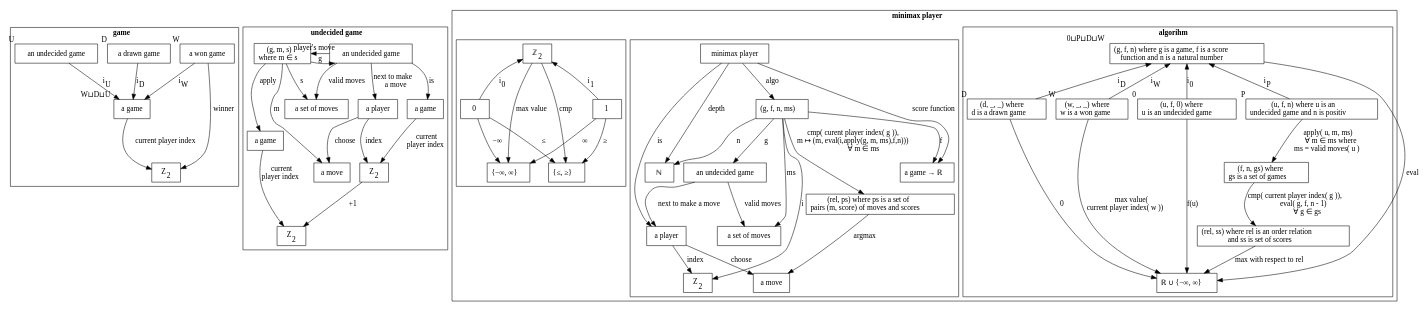
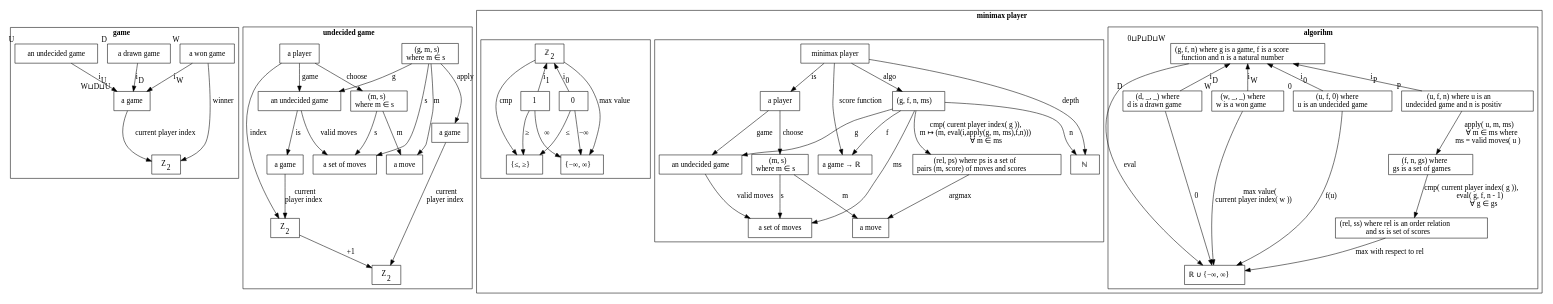
The diagram in olog.gv (monadegmailcom/beat-it), drawn with Graphviz before and after one commit. The commit also changed 6 other files, not shown here.

```diff
--- a/olog.gv
+++ b/olog.gv
@@ -1,127 +1,130 @@
 digraph olog 
 { 
     node [shape = "box"]
     layout=dot
     subgraph cluster_ga {
         label=<<b>game</b>>
         ga_g [label="a game", xlabel=<W&#x2294;D&#x2294;U>]
         ga_g -> ga_z [label="current player index"]
         ga_w [label="a won game", xlabel=W]
         ga_w -> ga_g [label=<i<sub>W</sub>>]
         ga_w -> ga_z [label="winner"]
         ga_d [label="a drawn game", xlabel=D]
         ga_d -> ga_g [label=<i<sub>D</sub>>]
         ga_u [label="an undecided game", xlabel=U]
         ga_u -> ga_g [label=<i<sub>U</sub>>]
         ga_z [label=<Z<sub>2</sub>>]
     }
     subgraph cluster_moves {
         label=<<b>undecided game</b>>
         st_z [label=<Z<sub>2</sub>>]
         st_undecided [label="an undecided game"]
         st_undecided -> st_game [label="is"]
-        st_undecided -> st_p [label=<next to make<br/>a move>]
         st_undecided -> st_s [label="valid moves"]
-        st_undecided -> st_g_m_s [label=<player's move>]
         st_s [label="a set of moves"]
         st_g_m_s [label=<(g, m, s)<br/>where m &#x2208; s>]
         st_g_m_s -> st_s [label="s"]
         st_g_m_s -> st_m [label="m"]
         st_g_m_s -> st_g2 [label="apply"]
         st_g_m_s -> st_undecided [label="g"]
         st_game [label="a game"]
         st_game -> st_z2 [label=<current<br/>player index>]
         st_g2 [label="a game"]
         st_p [label="a player"]
         st_p -> st_z2 [label="index"]   
-        st_p -> st_m [label="choose"]   
+        st_p -> st_m_s [label="choose"]   
+        st_p -> st_undecided [label="game"]
+        st_m_s [label=<(m, s)<br/>where m &#x2208; s>]
+        st_m_s -> st_s [label="s"]
+        st_m_s -> st_m [label="m"]
         st_z2 [label=<Z<sub>2</sub>>]
         st_z2 -> st_z [label="+1"]
         st_g2 -> st_z [label=<current<br/>player index>]
         st_m [label="a move"]
-        {rank=same; st_g_m_s; st_undecided}
+        //{rank=same; st_g_m_s; st_undecided}
         //{rank=same; st_z; st_z2}
         //{rank=same; st_m; st_s}
         //{rank=min; st_game}
     }    
 
     subgraph cluster_mp {
         label=<<b>minimax player</b>>
         subgraph cluster_minimax {
             label=<<b>algorihm</b>>
             mm_i_g_s_n [label=<(g, f, n) where g is a game, f is a score<br/>function and n is a natural number>, xlabel=<0&#x2294;P&#x2294;D&#x2294;W>]
             mm_i_g_s_n -> mm_e [label="eval"]
             mm_i_d_s_n [label=<(d, _, _) where<br/>d is a drawn game>, xlabel=D]
             mm_i_d_s_n -> mm_i_g_s_n [label=<i<sub>D</sub>>]
             mm_i_d_s_n -> mm_e [label=<0>]
             mm_i_w_s_n [label=<(w, _, _) where<br/>w is a won game>, xlabel=W]
             mm_i_w_s_n -> mm_i_g_s_n [label=<i<sub>W</sub>>]
             mm_i_w_s_n -> mm_e [label=<max value(<br/>current player index( w ))>]
             mm_i_u_s_0 [label=<(u, f, 0) where<br/>u is an undecided game>, xlabel=0]
             mm_i_u_s_0 -> mm_i_g_s_n [label=<i<sub>0</sub>>]
             mm_i_u_s_0 -> mm_e [label=<f(u)>]
             mm_i_u_s_pos [label=<(u, f, n) where u is an<br/>undecided game and n is positiv>, xlabel=P]
             mm_i_u_s_pos -> mm_i_g_s_n [label=<i<sub>P</sub>>]
             mm_i_u_s_pos -> mm_games [label=< apply( u, m, ms)<br/>&#x2200; m &#x2208; ms where<br/>ms = valid moves( u )>]
             mm_games -> mm_evals [label=<cmp( current player index( g )), <br/>eval( g, f, n - 1)<br/>&#x2200; g &#x2208; gs>]
             mm_games [label=<(f, n, gs) where<br/>gs is a set of games>]
             mm_evals [label=<(rel, ss) where rel is an order relation<br/> and ss is set of scores  >]
             mm_evals -> mm_e [label=<max with respect to rel>]
             mm_e [label=<&#x211d; ∪ {−∞, ∞}>]
             {rank=min; mm_i_g_s_n} 
             {rank=same; mm_i_d_s_n; mm_i_w_s_n; mm_i_u_s_0; mm_i_u_s_pos}
         }
 
         subgraph cluster_pl {
         label=""
         mg_mm [label="minimax player"]
         mg_mm -> mg_pl [label="is"]
         mg_mm -> mg_f [label="score function"]
         mg_mm -> mg_n [label="depth"]
         mg_mm -> mg_t [label="algo"]
         mg_t [label=<(g, f, n, ms)>]
-        mg_t -> mg_z2 [label=i]
         mg_t -> mg_un [label=g]
         mg_t -> mg_f [label=f]
         mg_t -> mg_n [label=n]
         mg_t -> mg_ms [label=ms]
         mg_t -> mg_m_sc [label=<cmp( curent player index( g )),<br/>m &#x21a6; (m, eval(i,apply(g, m, ms),f,n)))<br/>&#x2200; m &#x2208; ms<br/>>]
-        mg_z2 [label=<Z<sub>2</sub>>]
         mg_ms [label="a set of moves"]
         mg_un [label="an undecided game"]
-        mg_un -> mg_pl [label="next to make a move"]
-        mg_pl -> mg_m [label="choose"]
-        mg_pl -> mg_z2 [label="index"]
+        mg_pl -> mg_m_s [label="choose"]
+        mg_pl -> mg_un [label="game"]
         mg_un -> mg_ms [label="valid moves"]
         mg_m_sc [label=<(rel, ps) where ps is a set of<br/>pairs (m, score) of moves and scores>]
         mg_m_sc -> mg_m [label=<argmax>]
         mg_m [label="a move"]
+        mg_m_s [label=<(m, s)<br/>where m &#x2208; s>]
+        mg_m_s -> mg_ms [label="s"]
+        mg_m_s -> mg_m [label="m"]
         mg_n [label=<&#x2115;>]
         mg_pl [label="a player"]
         mg_f [label=<a game &#x2192; &#x211d;<br/>>]
         }
+
         subgraph cluster_z {
         label=""
         mg_0 [label=<0>]
         mg_0 -> mg_z [label=<i<sub>0</sub>>]
         mg_0 -> mg_cmp [label=<&#x2264;>]
         mg_0 -> mg_inf [label=<−∞>]
         mg_1 [label=<1>]
         mg_1 -> mg_z [label=<i<sub>1</sub>>]
         mg_1 -> mg_cmp [label=<&#x2265;>]
         mg_1 -> mg_inf [label=<∞>]
         mg_z [label=<&#x2124;<sub>2</sub>>]
         mg_z -> mg_cmp [label=<cmp>]
         mg_z -> mg_inf [label=<max value>]
         mg_cmp [label=<{&#x2264;, &#x2265;}>, group=1]
         mg_inf [label=<{−∞, ∞}>, group=1]
         {rank=min; mg_z}
         }
     }
 }
 
 /*
         mm_l [label=<a game g' = apply( g, s, m)<br/>&#x2200; m &#x2208; s>]
         mm_l -> mm_s [label="s"]
         mm_l -> mm_g [label="g"]
 */
```
